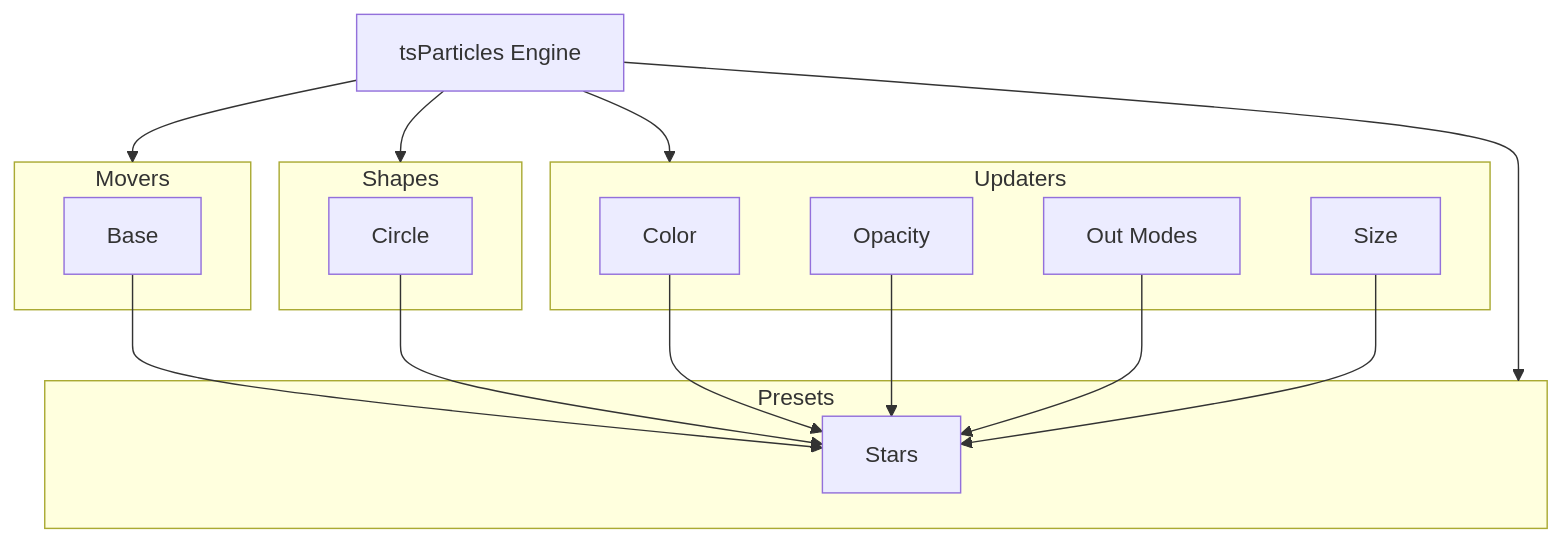
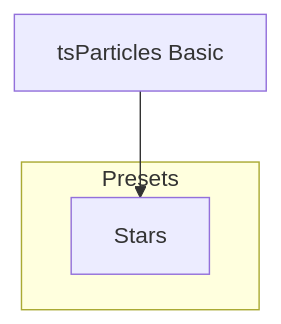
Before and after one commit to tsparticles/presets: the diagram in presets/stars/README.md, drawn with Mermaid. The commit also changed 35 other files, not shown here.

Commit message:
feat: added squares preset build: updated all mermaid charts

````diff
--- a/presets/stars/README.md
+++ b/presets/stars/README.md
@@ -165,32 +165,9 @@
 ```mermaid
 flowchart TD
-
-subgraph m [Movers]
-mb[Base]
-end
-
-e[tsParticles Engine] --> m
-
-subgraph s [Shapes]
-sc[Circle]
-end
-
-e --> s
-
-subgraph u [Updaters]
-uc[Color]
-uop[Opacity]
-uou[Out Modes]
-usi[Size]
-end
-
-e --> u
 
 subgraph pr [Presets]
 prst[Stars]
 end
 
-e --> pr
-
-mb & sc & uc & uop & uou & usi --> prst
+bb[tsParticles Basic] --> prst
 ```
````
